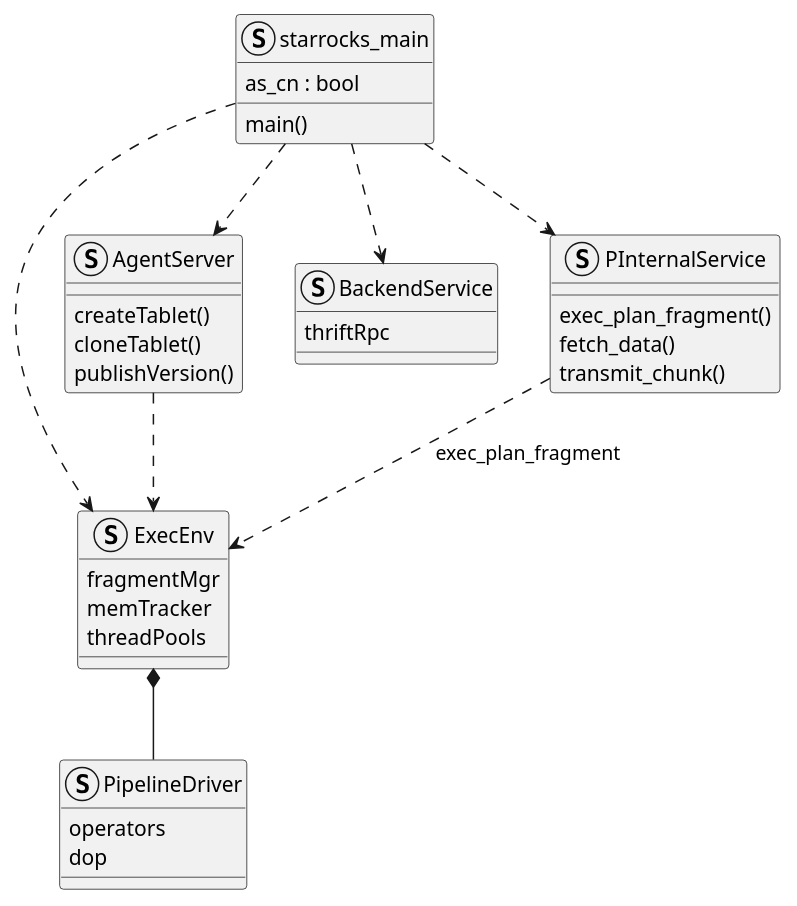
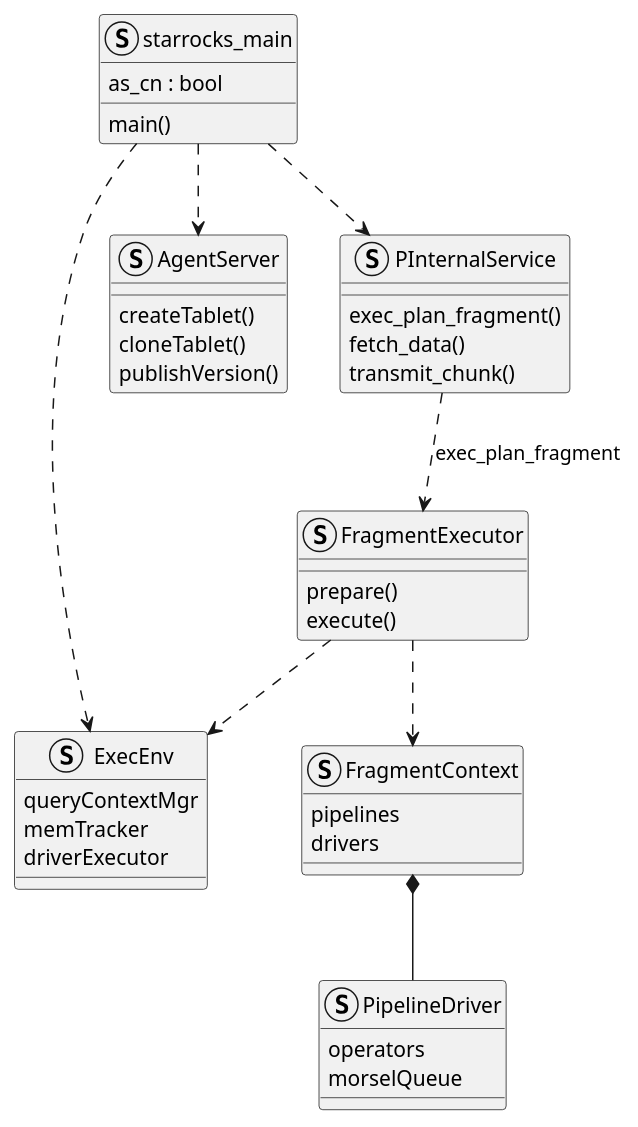
Before and after one commit to kevinwang930/kevinwang930.github.io: the first of 6 diagrams in content/post/data/db/starrocks/backend/index.md, drawn with PlantUML. The commit also changed other lines of this file, not shown here.

````diff
--- a/content/post/data/db/starrocks/backend/index.md
+++ b/content/post/data/db/starrocks/backend/index.md
@@ -74,45 +64,51 @@
 ```plantuml
 @startuml
 
 struct starrocks_main {
   as_cn : bool
   main()
 }
 
 struct ExecEnv {
-  fragmentMgr
+  queryContextMgr
   memTracker
-  threadPools
+  driverExecutor
 }
 
 struct AgentServer {
   createTablet()
   cloneTablet()
   publishVersion()
 }
 
-struct BackendService {
-  thriftRpc
-}
-
 struct PInternalService {
   exec_plan_fragment()
   fetch_data()
   transmit_chunk()
 }
 
+struct FragmentExecutor {
+  prepare()
+  execute()
+}
+
+struct FragmentContext {
+  pipelines
+  drivers
+}
+
 struct PipelineDriver {
   operators
-  dop
+  morselQueue
 }
 
 starrocks_main ..> ExecEnv
 starrocks_main ..> AgentServer
-starrocks_main ..> BackendService
 starrocks_main ..> PInternalService
-ExecEnv *-- PipelineDriver
-PInternalService ..> ExecEnv : exec_plan_fragment
-AgentServer ..> ExecEnv
+PInternalService ..> FragmentExecutor : exec_plan_fragment
+FragmentExecutor ..> FragmentContext
+FragmentContext *-- PipelineDriver
+FragmentExecutor ..> ExecEnv
 
 @enduml
 ```
````
